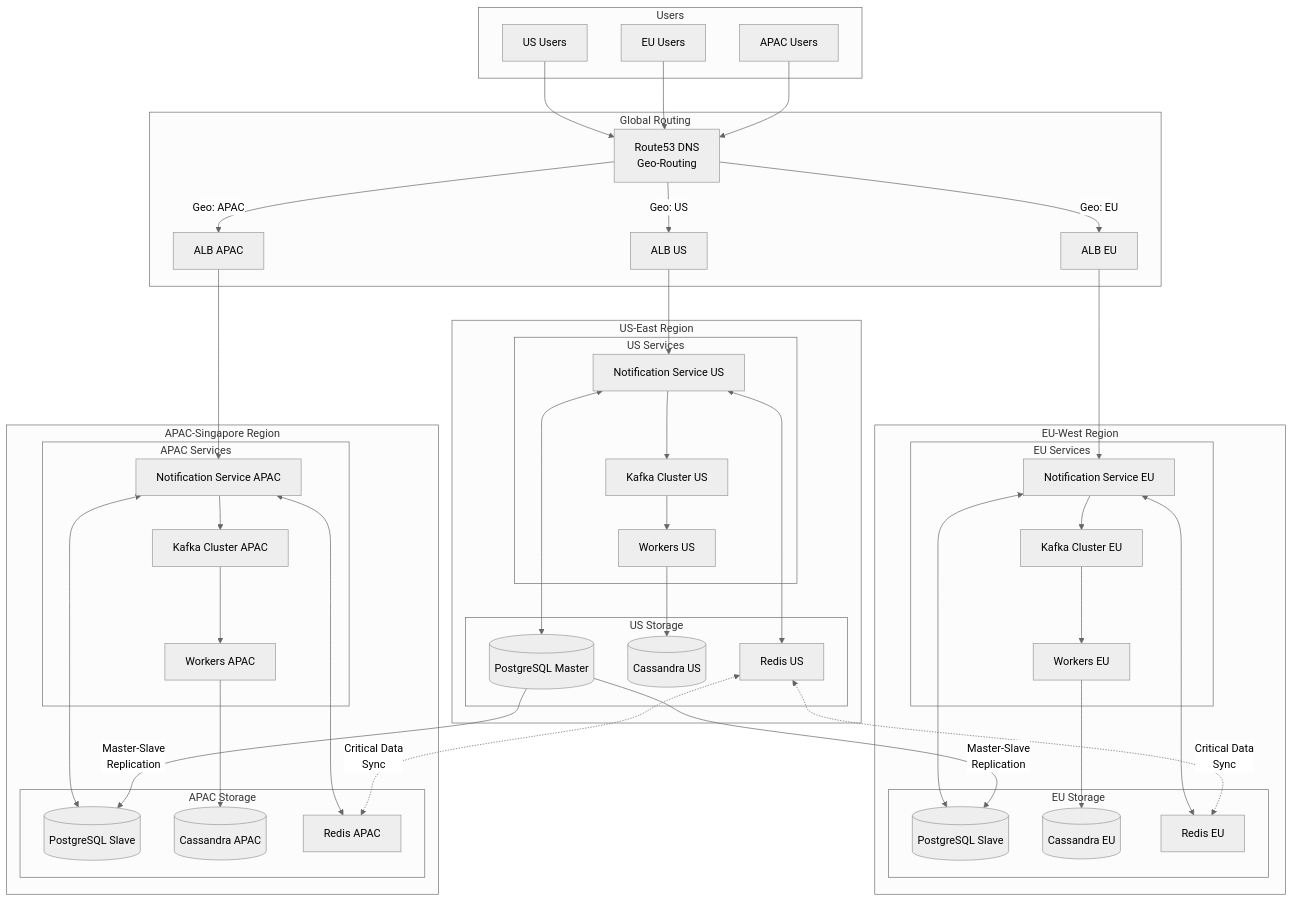
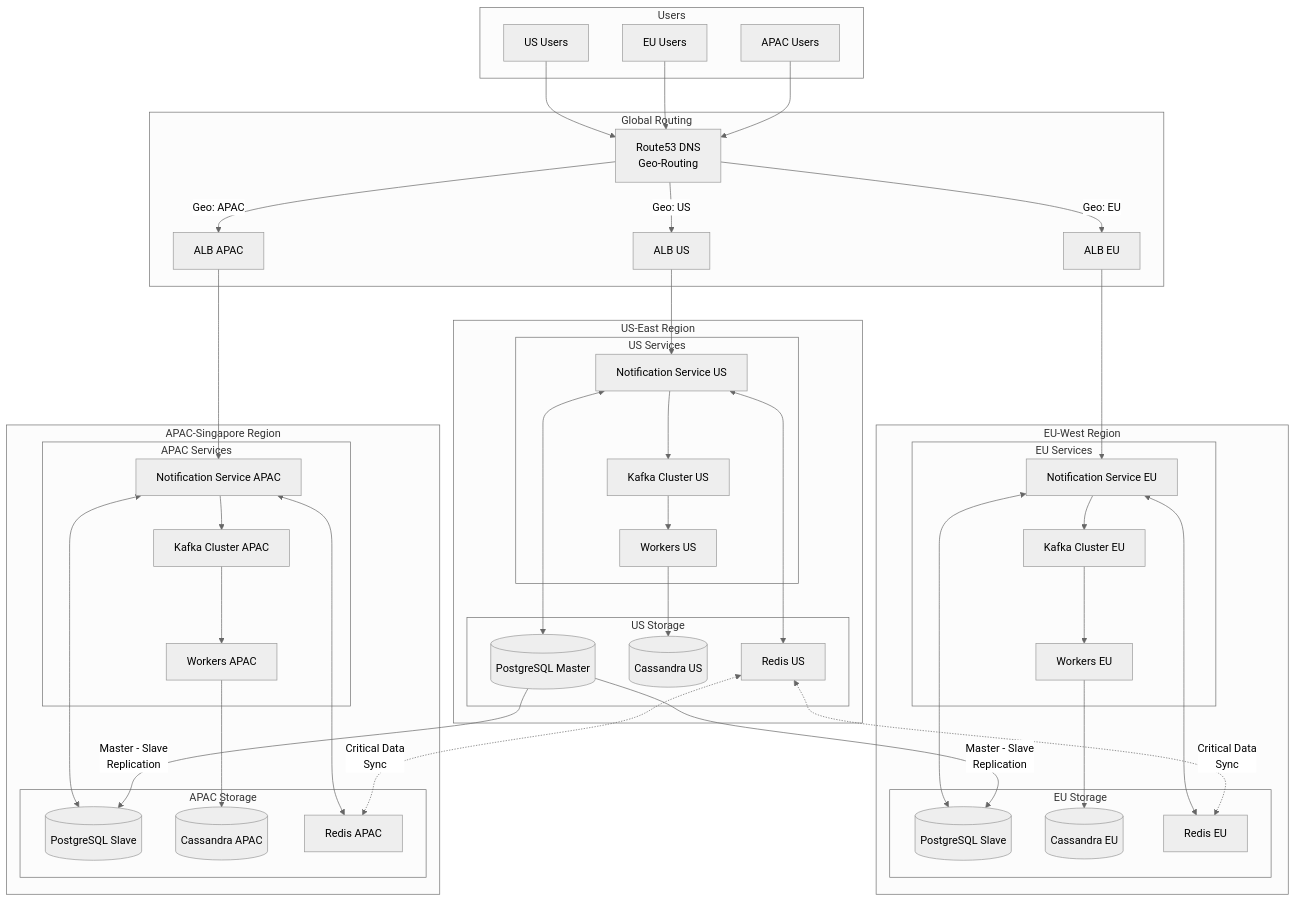
One commit to piyush7199/hld-architecture-handbook changed diagram 12 of 15 in 03-challenges/3.2.2-notification-service/hld-diagram.md. Above: the diagram before and after it, drawn with Mermaid (neutral theme). The commit also changed other lines of this file and 6 other files, not shown here.

````diff
--- a/03-challenges/3.2.2-notification-service/hld-diagram.md
+++ b/03-challenges/3.2.2-notification-service/hld-diagram.md
@@ -1161,90 +1116,81 @@
             K_US[Kafka Cluster US]
             W_US[Workers US]
         end
-        
+
         subgraph "US Storage"
             PG_US[(PostgreSQL Master)]
             CS_US[(Cassandra US)]
             R_US[Redis US]
         end
     end
-    
+
     subgraph "EU-West Region"
         subgraph "EU Services"
             NS_EU[Notification Service EU]
             K_EU[Kafka Cluster EU]
             W_EU[Workers EU]
         end
-        
+
         subgraph "EU Storage"
             PG_EU[(PostgreSQL Slave)]
             CS_EU[(Cassandra EU)]
             R_EU[Redis EU]
         end
     end
-    
+
     subgraph "APAC-Singapore Region"
         subgraph "APAC Services"
             NS_APAC[Notification Service APAC]
             K_APAC[Kafka Cluster APAC]
             W_APAC[Workers APAC]
         end
-        
+
         subgraph "APAC Storage"
             PG_APAC[(PostgreSQL Slave)]
             CS_APAC[(Cassandra APAC)]
             R_APAC[Redis APAC]
         end
     end
-    
+
     subgraph "Global Routing"
         DNS[Route53 DNS<br/>Geo-Routing]
         LB_US[ALB US]
         LB_EU[ALB EU]
         LB_APAC[ALB APAC]
     end
-    
+
     subgraph "Users"
         U_US[US Users]
         U_EU[EU Users]
         U_APAC[APAC Users]
     end
-    
+
     U_US --> DNS
     U_EU --> DNS
     U_APAC --> DNS
-    
     DNS -->|Geo: US| LB_US
     DNS -->|Geo: EU| LB_EU
     DNS -->|Geo: APAC| LB_APAC
-    
     LB_US --> NS_US
     LB_EU --> NS_EU
     LB_APAC --> NS_APAC
-    
     NS_US --> K_US
     NS_EU --> K_EU
     NS_APAC --> K_APAC
-    
     K_US --> W_US
     K_EU --> W_EU
     K_APAC --> W_APAC
-    
     NS_US <--> R_US
     NS_EU <--> R_EU
     NS_APAC <--> R_APAC
-    
     NS_US <--> PG_US
     NS_EU <--> PG_EU
     NS_APAC <--> PG_APAC
-    
     W_US --> CS_US
     W_EU --> CS_EU
     W_APAC --> CS_APAC
-    
-    PG_US -->|Master-Slave<br/>Replication| PG_EU
-    PG_US -->|Master-Slave<br/>Replication| PG_APAC
-    
+    PG_US -->|Master - Slave<br/>Replication| PG_EU
+    PG_US -->|Master - Slave<br/>Replication| PG_APAC
     R_US <-.->|Critical Data<br/>Sync| R_EU
     R_US <-.->|Critical Data<br/>Sync| R_APAC
 ```
````
